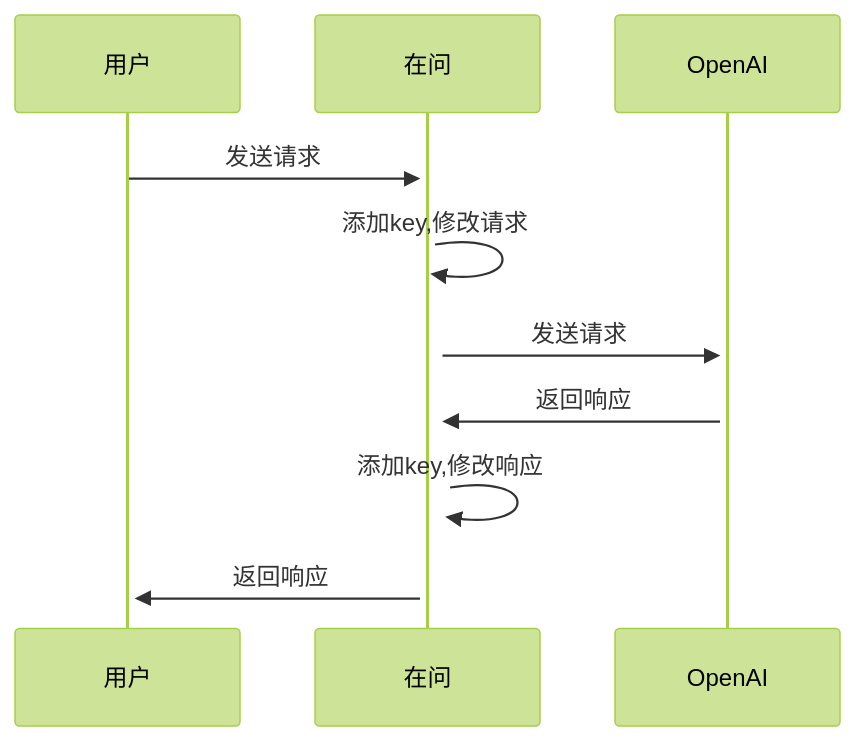
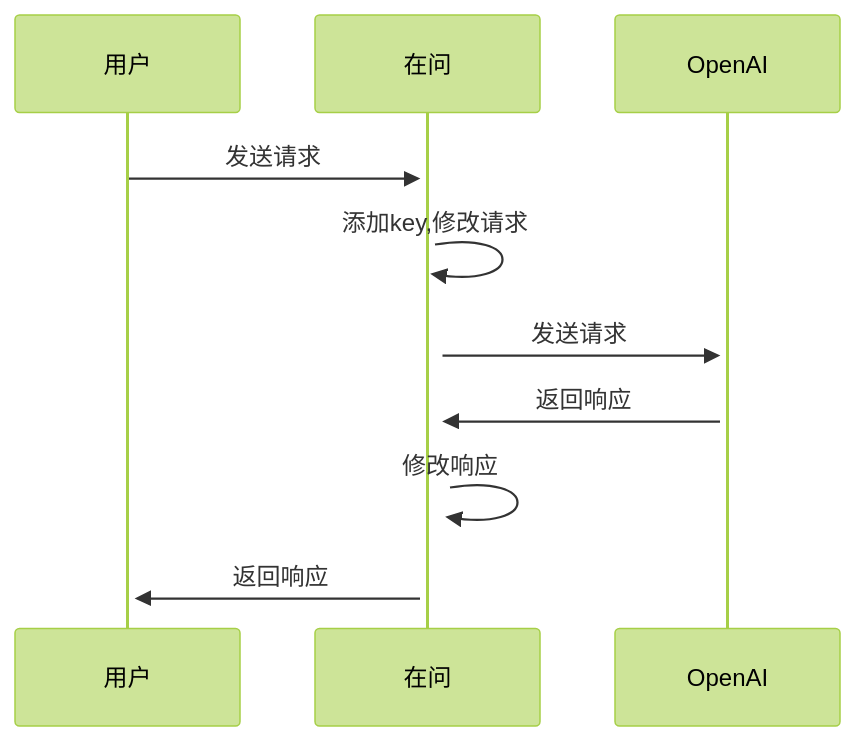
One commit to wangqmshf/zaiwen changed the diagram in README.md. Above: the diagram before and after it, drawn with Mermaid (forest theme). The commit also changed other lines of this file, not shown here.

````diff
--- a/README.md
+++ b/README.md
@@ -11,12 +11,12 @@
 ```mermaid
 sequenceDiagram
     participant 用户
     participant 在问
     participant OpenAI
    用户->>+在问: 发送请求
    在问->>+在问: 添加key,修改请求
    在问->>+OpenAI: 发送请求
    OpenAI->>+在问: 返回响应
-   在问->>+在问: 添加key,修改响应
+   在问->>+在问: 修改响应
    在问->>+用户: 返回响应
 ```
````
